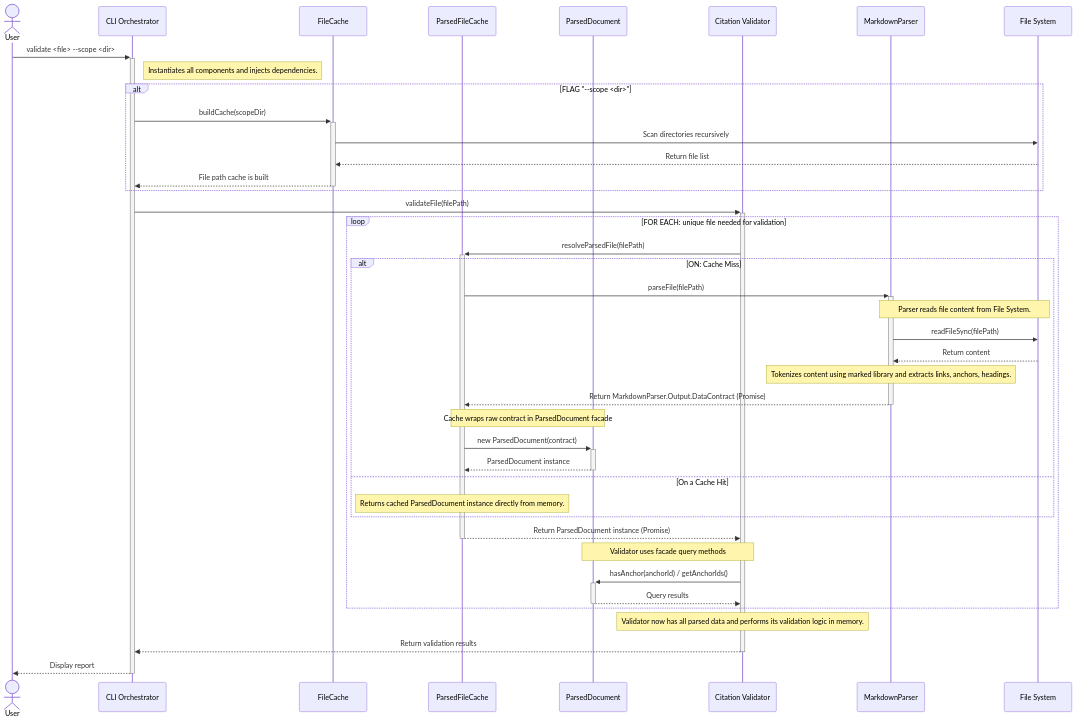
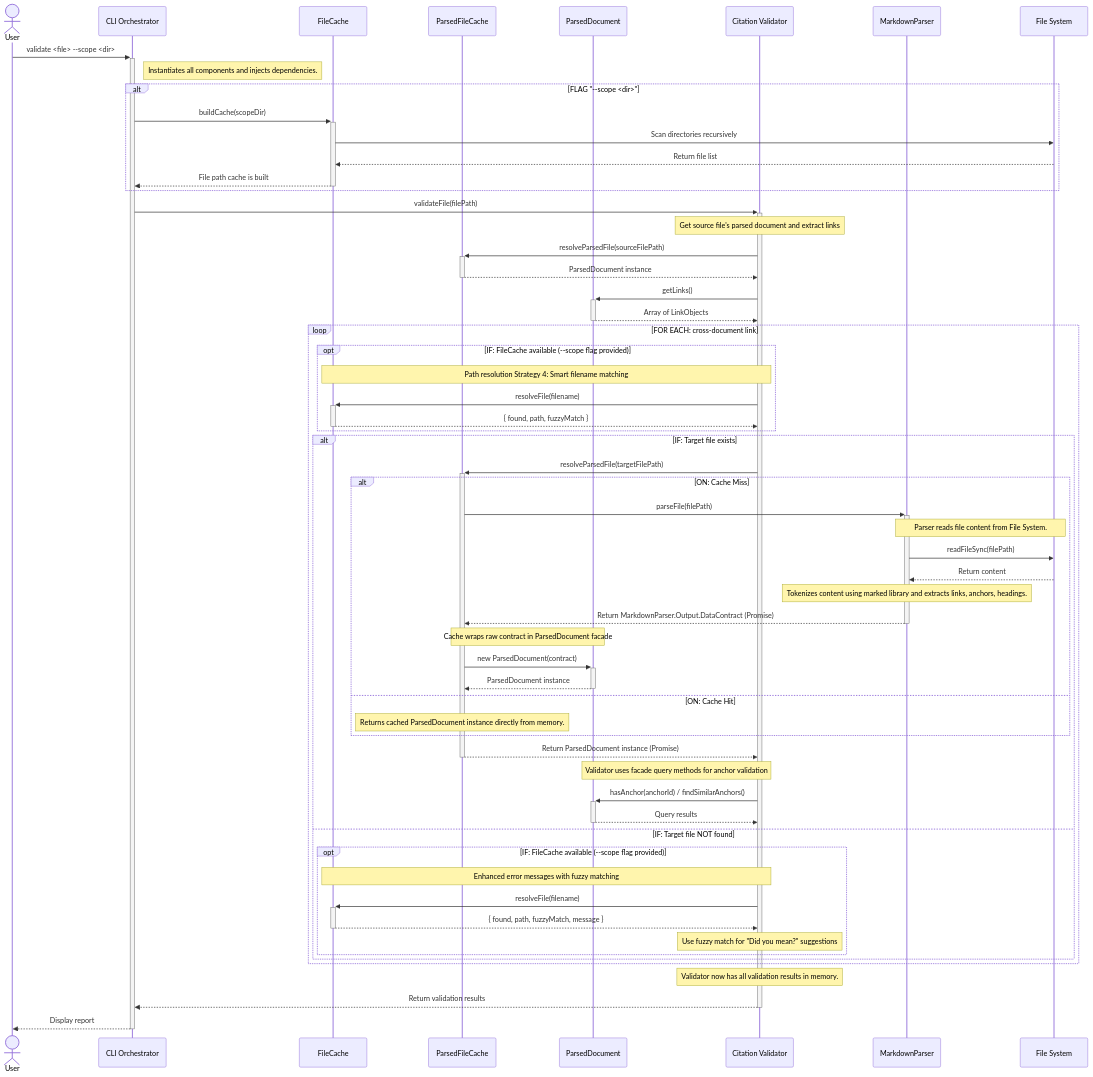
Before and after one commit to WesleyMFrederick/cc-workflows: the third of 5 diagrams in tools/citation-manager/design-docs/features/20251003-content-aggregation/content-aggregation-architecture.md, drawn with Mermaid. The commit also changed other lines of this file and 33 other files, not shown here.

First line of the commit message:
Implement link enrichment pattern in CitationValidator.validateFile()

````diff
--- a/tools/citation-manager/design-docs/features/20251003-content-aggregation/content-aggregation-architecture.md
+++ b/tools/citation-manager/design-docs/features/20251003-content-aggregation/content-aggregation-architecture.md
@@ -265,57 +368,80 @@
 ```mermaid
 sequenceDiagram
     actor User
     participant CLI as CLI Orchestrator
     participant FileCache
     participant ParsedCache as ParsedFileCache
     participant ParsedDoc as ParsedDocument
     participant Validator as Citation Validator
     participant Parser as MarkdownParser
     participant FS as File System
 
     User->>+CLI: validate <file> --scope <dir>
 
     note right of CLI: Instantiates all components and injects dependencies.
 
     alt FLAG "--scope <dir>"
         CLI->>+FileCache: buildCache(scopeDir)
         FileCache->>FS: Scan directories recursively
         FS-->>FileCache: Return file list
         FileCache-->>-CLI: File path cache is built
     end
 
     CLI->>+Validator: validateFile(filePath)
 
-    loop FOR EACH: unique file needed for validation
-        Validator->>+ParsedCache: resolveParsedFile(filePath)
+    note over Validator: Get source file's parsed document and extract links
+    Validator->>+ParsedCache: resolveParsedFile(sourceFilePath)
+    ParsedCache-->>-Validator: ParsedDocument instance
+    Validator->>+ParsedDoc: getLinks()
+    ParsedDoc-->>-Validator: Array of LinkObjects
 
-        alt ON: Cache Miss
-            ParsedCache->>+Parser: parseFile(filePath)
+    loop FOR EACH: cross-document link
 
-            note over Parser, FS: Parser reads file content from File System.
-            Parser->>FS: readFileSync(filePath)
-            FS-->>Parser: Return content
-
-            note over Parser: Tokenizes content using marked library and extracts links, anchors, headings.
-
-            Parser-->>-ParsedCache: Return MarkdownParser.Output.DataContract (Promise)
-
-            note over ParsedCache, ParsedDoc: Cache wraps raw contract in ParsedDocument facade
-            ParsedCache->>+ParsedDoc: new ParsedDocument(contract)
-            ParsedDoc-->>-ParsedCache: ParsedDocument instance
-        else On a Cache Hit
-            note over ParsedCache: Returns cached ParsedDocument instance directly from memory.
+        opt IF: FileCache available (--scope flag provided)
+            note over Validator, FileCache: Path resolution Strategy 4: Smart filename matching
+            Validator->>+FileCache: resolveFile(filename)
+            FileCache-->>-Validator: { found, path, fuzzyMatch }
         end
 
-        ParsedCache-->>-Validator: Return ParsedDocument instance (Promise)
+        alt IF: Target file exists
+            Validator->>+ParsedCache: resolveParsedFile(targetFilePath)
 
-        note over Validator, ParsedDoc: Validator uses facade query methods
-        Validator->>+ParsedDoc: hasAnchor(anchorId) / getAnchorIds()
-        ParsedDoc-->>-Validator: Query results
+            alt ON: Cache Miss
+                ParsedCache->>+Parser: parseFile(filePath)
+
+                note over Parser, FS: Parser reads file content from File System.
+                Parser->>FS: readFileSync(filePath)
+                FS-->>Parser: Return content
+
+                note over Parser: Tokenizes content using marked library and extracts links, anchors, headings.
+
+                Parser-->>-ParsedCache: Return MarkdownParser.Output.DataContract (Promise)
+
+                note over ParsedCache, ParsedDoc: Cache wraps raw contract in ParsedDocument facade
+                ParsedCache->>+ParsedDoc: new ParsedDocument(contract)
+                ParsedDoc-->>-ParsedCache: ParsedDocument instance
+            else ON: Cache Hit
+                note over ParsedCache: Returns cached ParsedDocument instance directly from memory.
+            end
+
+            ParsedCache-->>-Validator: Return ParsedDocument instance (Promise)
+
+            note over Validator, ParsedDoc: Validator uses facade query methods for anchor validation
+            Validator->>+ParsedDoc: hasAnchor(anchorId) / findSimilarAnchors()
+            ParsedDoc-->>-Validator: Query results
+
+        else IF: Target file NOT found
+            opt IF: FileCache available (--scope flag provided)
+                note over Validator, FileCache: Enhanced error messages with fuzzy matching
+                Validator->>+FileCache: resolveFile(filename)
+                FileCache-->>-Validator: { found, path, fuzzyMatch, message }
+                note over Validator: Use fuzzy match for "Did you mean?" suggestions
+            end
+        end
     end
 
-    note over Validator: Validator now has all parsed data and performs its validation logic in memory.
+    note over Validator: Validator now has all validation results in memory.
 
     Validator-->>-CLI: Return validation results
     CLI-->>-User: Display report
 ```
````
